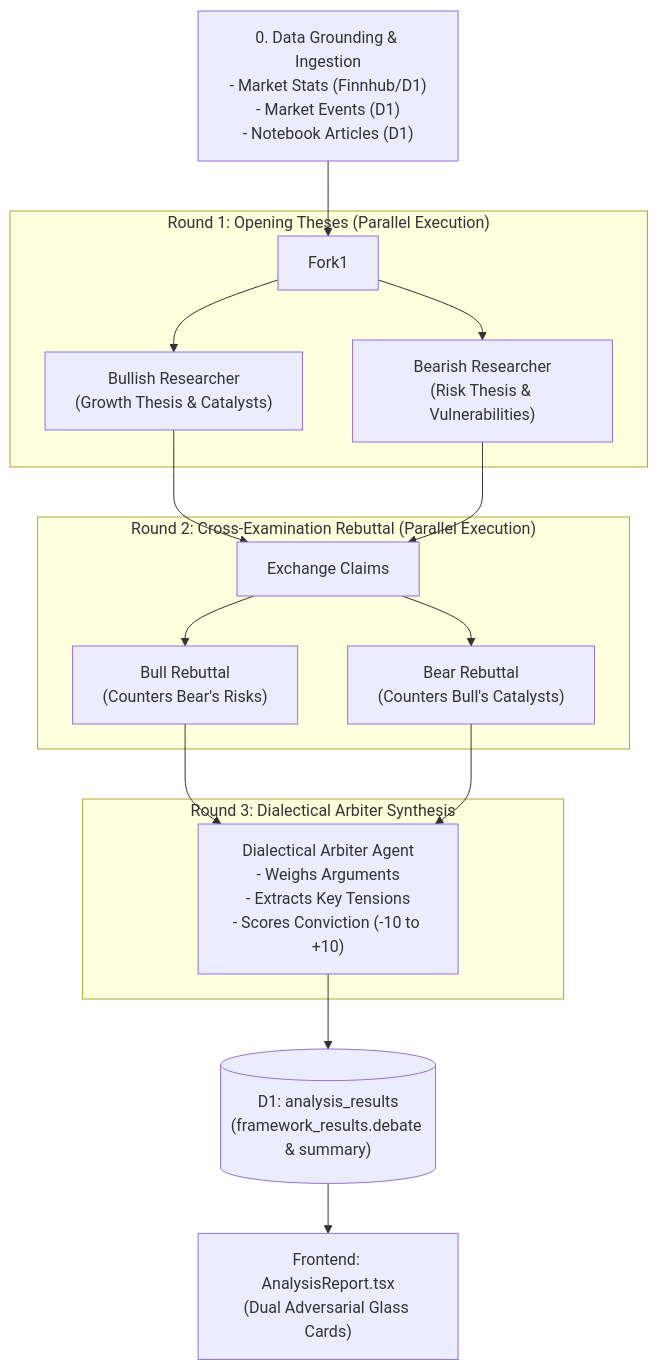
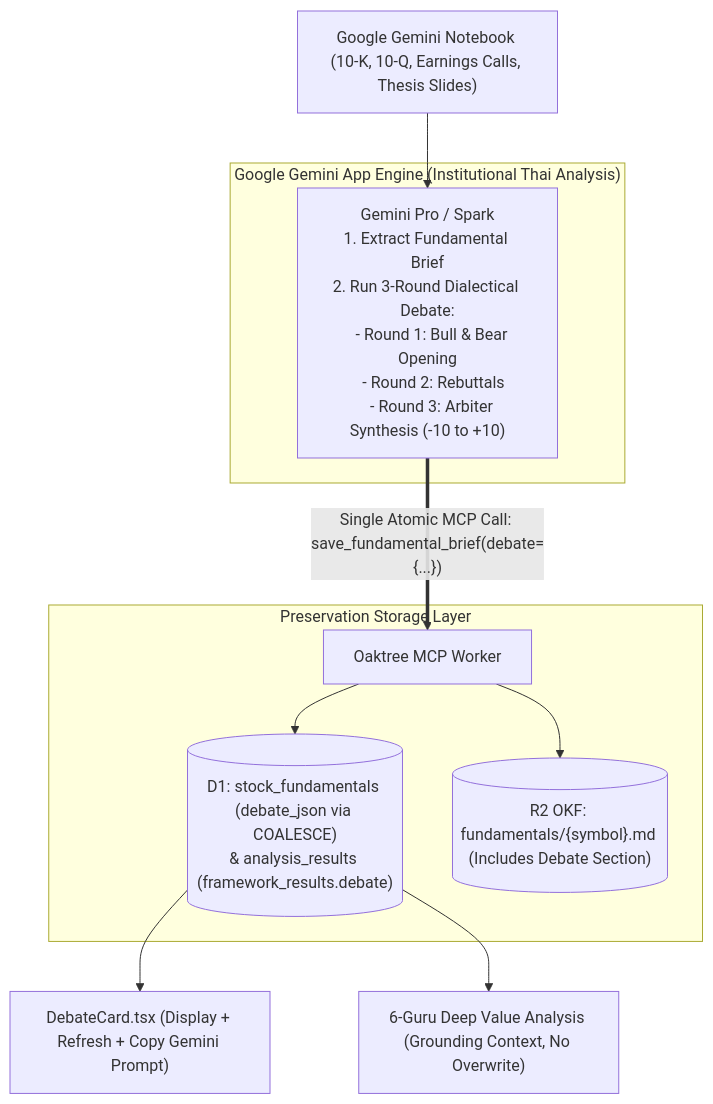
Before and after one commit to mzget/cloudflare-moltbot-playgroud: the diagram in specs/BULL_BEAR_DEBATE_SPEC.md, drawn with Mermaid. The commit also changed other lines of this file and 18 other files, not shown here.

Commit message:
feat(analysis): refactor bull vs bear debate to gemini-driven mcp push architecture (ADR 0011)

````diff
--- a/specs/BULL_BEAR_DEBATE_SPEC.md
+++ b/specs/BULL_BEAR_DEBATE_SPEC.md
@@ -36,27 +36,18 @@
 ```mermaid
 flowchart TD
-    DataGathering["0. Data Grounding & Ingestion\n- Market Stats (Finnhub/D1)\n- Market Events (D1)\n- Notebook Articles (D1)"] --> Fork1
+    GeminiNotebook["Google Gemini Notebook (10-K, 10-Q, Earnings Calls, Thesis Slides)"] --> GeminiAgent
     
-    subgraph Round1["Round 1: Opening Theses (Parallel Execution)"]
-        Fork1 --> BullRound1["Bullish Researcher\n(Growth Thesis & Catalysts)"]
-        Fork1 --> BearRound1["Bearish Researcher\n(Risk Thesis & Vulnerabilities)"]
+    subgraph Gemini["Google Gemini App Engine (Institutional Thai Analysis)"]
+        GeminiAgent["Gemini Pro / Spark\n1. Extract Fundamental Brief\n2. Run 3-Round Dialectical Debate:\n   - Round 1: Bull & Bear Opening\n   - Round 2: Rebuttals\n   - Round 3: Arbiter Synthesis (-10 to +10)"]
     end
 
-    BullRound1 --> CrossInput
-    BearRound1 --> CrossInput
+    GeminiAgent ==>|"Single Atomic MCP Call: save_fundamental_brief(debate={...})"| MCPWorker["Oaktree MCP Worker"]
     
-    subgraph Round2["Round 2: Cross-Examination Rebuttal (Parallel Execution)"]
-        CrossInput["Exchange Claims"] --> BullRebuttal["Bull Rebuttal\n(Counters Bear's Risks)"]
-        CrossInput --> BearRebuttal["Bear Rebuttal\n(Counters Bull's Catalysts)"]
+    subgraph Storage["Preservation Storage Layer"]
+        MCPWorker --> D1[("D1: stock_fundamentals (debate_json via COALESCE)\n& analysis_results (framework_results.debate)")]
+        MCPWorker --> R2[("R2 OKF: fundamentals/{symbol}.md (Includes Debate Section)")]
     end
 
-    BullRebuttal --> ArbiterRound
-    BearRebuttal --> ArbiterRound
-    
-    subgraph Round3["Round 3: Dialectical Arbiter Synthesis"]
-        ArbiterRound["Dialectical Arbiter Agent\n- Weighs Arguments\n- Extracts Key Tensions\n- Scores Conviction (-10 to +10)"]
-    end
-
-    ArbiterRound --> StoreDB[("D1: analysis_results\n(framework_results.debate & summary)")]
-    StoreDB --> UI["Frontend: AnalysisReport.tsx\n(Dual Adversarial Glass Cards)"]
+    D1 --> DebateCard["DebateCard.tsx (Display + Refresh + Copy Gemini Prompt)"]
+    D1 --> AnalysisEngine["6-Guru Deep Value Analysis (Grounding Context, No Overwrite)"]
 ```
````
